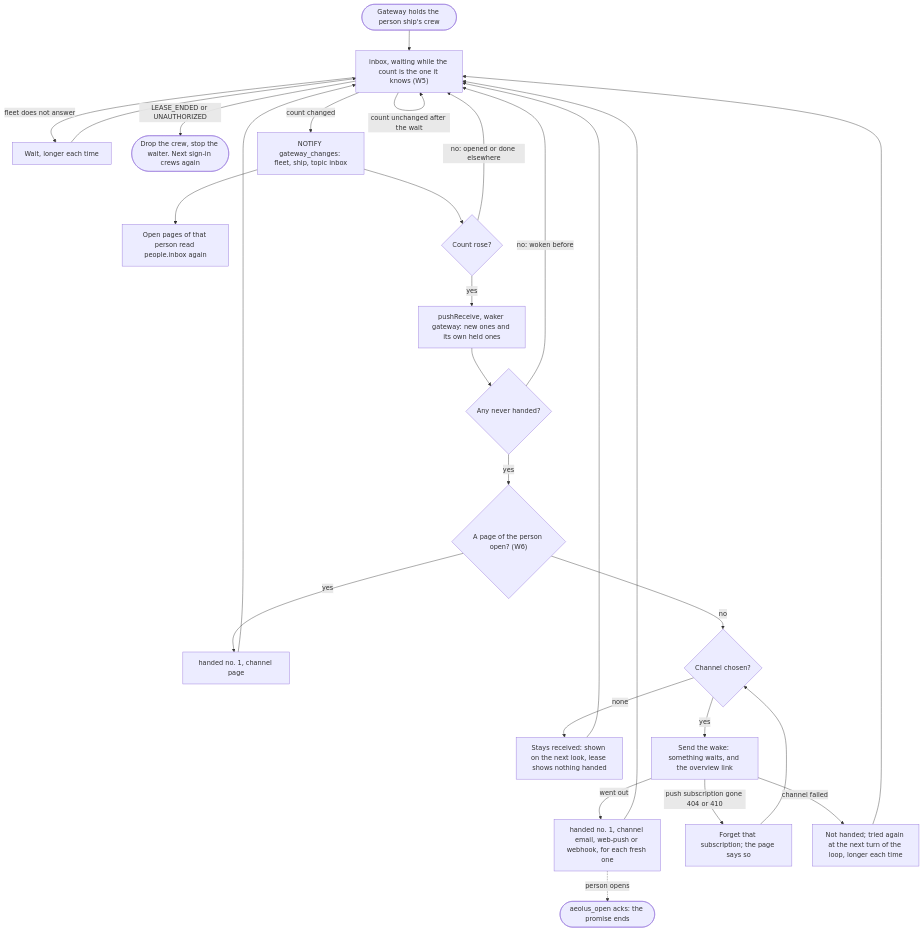
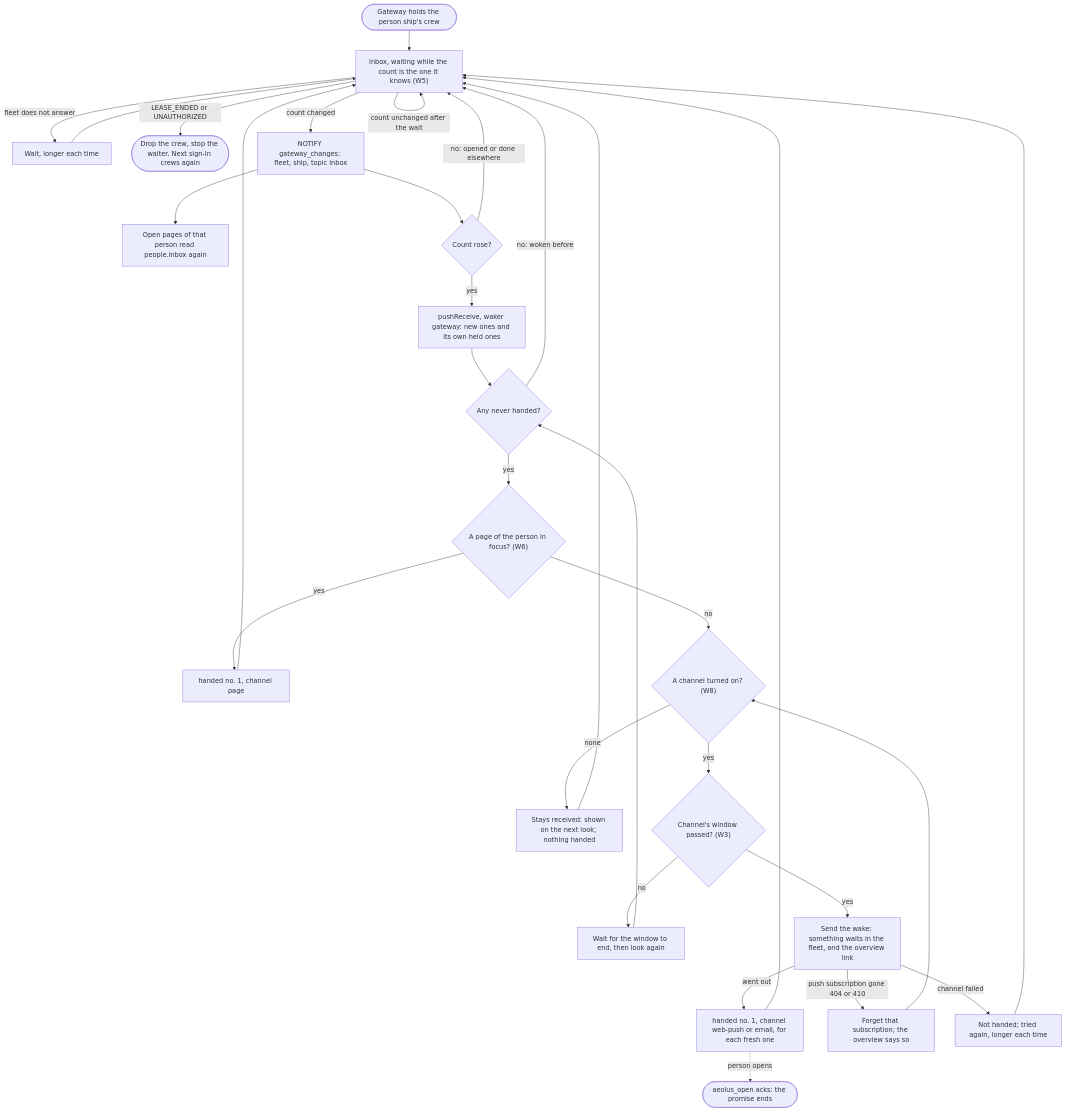
The diagram in docs/design/wake-a-person/README.md (ThomasHendrickx/aeolus-fleet), drawn with Mermaid before and after one commit. The commit also changed other lines of this file, not shown here.

First line of the commit message:
docs(design): wake a person: Thomas's answers as decisions W1 to W8, slices S1 to S4, open Q1 to Q3

````diff
--- a/docs/design/wake-a-person/README.md
+++ b/docs/design/wake-a-person/README.md
@@ -45,23 +59,25 @@
 ```mermaid
 flowchart TD
   start([Gateway holds the person ship's crew]) --> wait["inbox, waiting while the count is the one it knows (W5)"]
   wait -->|count unchanged after the wait| wait
   wait -->|fleet does not answer| backoff[Wait, longer each time] --> wait
   wait -->|LEASE_ENDED or UNAUTHORIZED| stop([Drop the crew, stop the waiter. Next sign-in crews again])
   wait -->|count changed| notify["NOTIFY gateway_changes: fleet, ship, topic inbox"]
   notify --> pages[Open pages of that person read people.inbox again]
   notify --> more{Count rose?}
   more -->|no: opened or done elsewhere| wait
   more -->|yes| take["pushReceive, waker gateway: new ones and its own held ones"]
   take --> fresh{Any never handed?}
   fresh -->|no: woken before| wait
-  fresh -->|yes| open{"A page of the person open? (W6)"}
-  open -->|yes| page["handed no. 1, channel page"] --> wait
-  open -->|no| chosen{Channel chosen?}
-  chosen -->|none| none[Stays received: shown on the next look, lease shows nothing handed] --> wait
-  chosen -->|yes| send[Send the wake: something waits, and the overview link]
-  send -->|went out| handed["handed no. 1, channel email, web-push or webhook, for each fresh one"] --> wait
-  send -->|push subscription gone 404 or 410| drop[Forget that subscription; the page says so] --> chosen
-  send -->|channel failed| retry[Not handed; tried again at the next turn of the loop, longer each time] --> wait
+  fresh -->|yes| focus{"A page of the person in focus? (W6)"}
+  focus -->|yes| page["handed no. 1, channel page"] --> wait
+  focus -->|no| on{"A channel turned on? (W8)"}
+  on -->|none| none[Stays received: shown on the next look; nothing handed] --> wait
+  on -->|yes| window{"Channel's window passed? (W3)"}
+  window -->|no| later[Wait for the window to end, then look again] --> fresh
+  window -->|yes| send[Send the wake: something waits in the fleet, and the overview link]
+  send -->|went out| handed["handed no. 1, channel web-push or email, for each fresh one"] --> wait
+  send -->|push subscription gone 404 or 410| drop[Forget that subscription; the overview says so] --> on
+  send -->|channel failed| retry[Not handed; tried again, longer each time] --> wait
   handed -.->|person opens| ack([aeolus_open acks: the promise ends])
 ```
````
